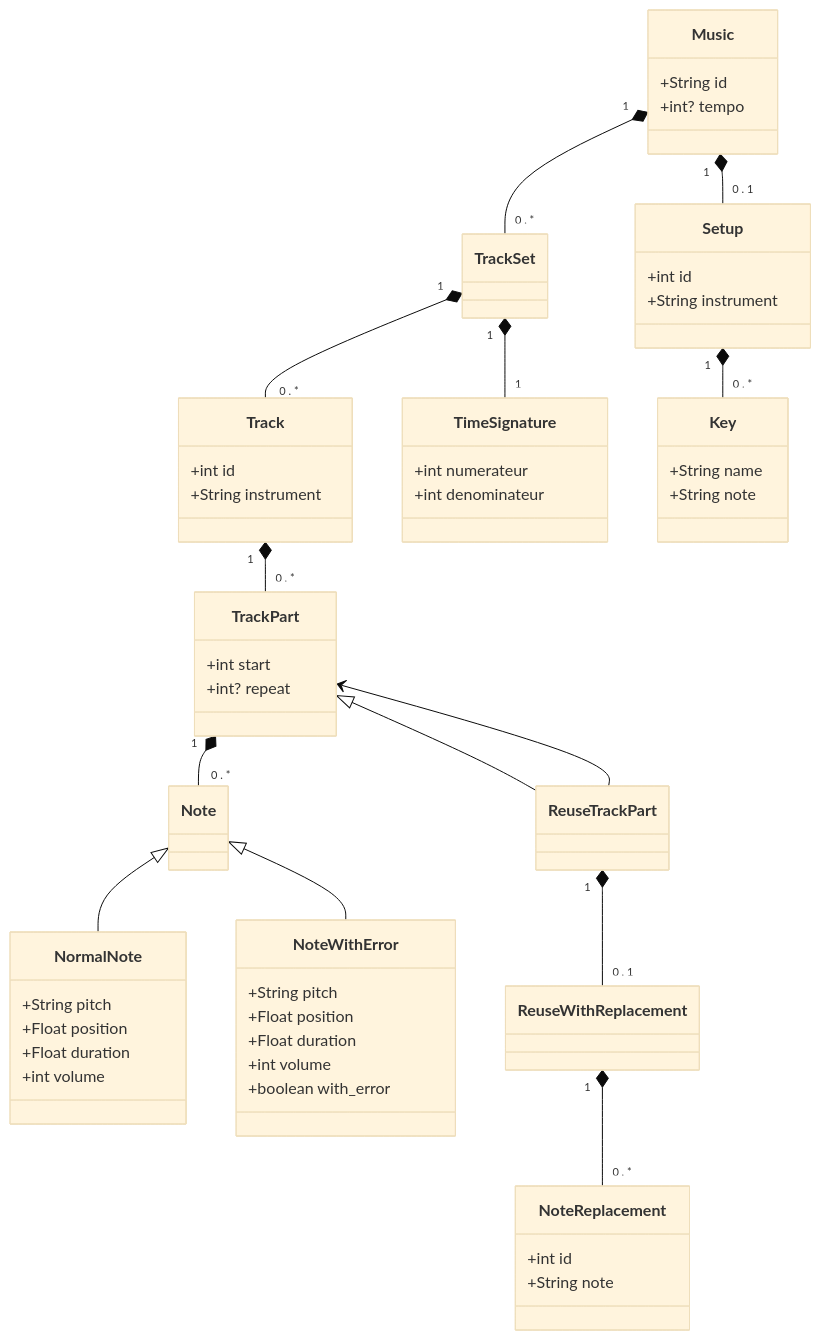
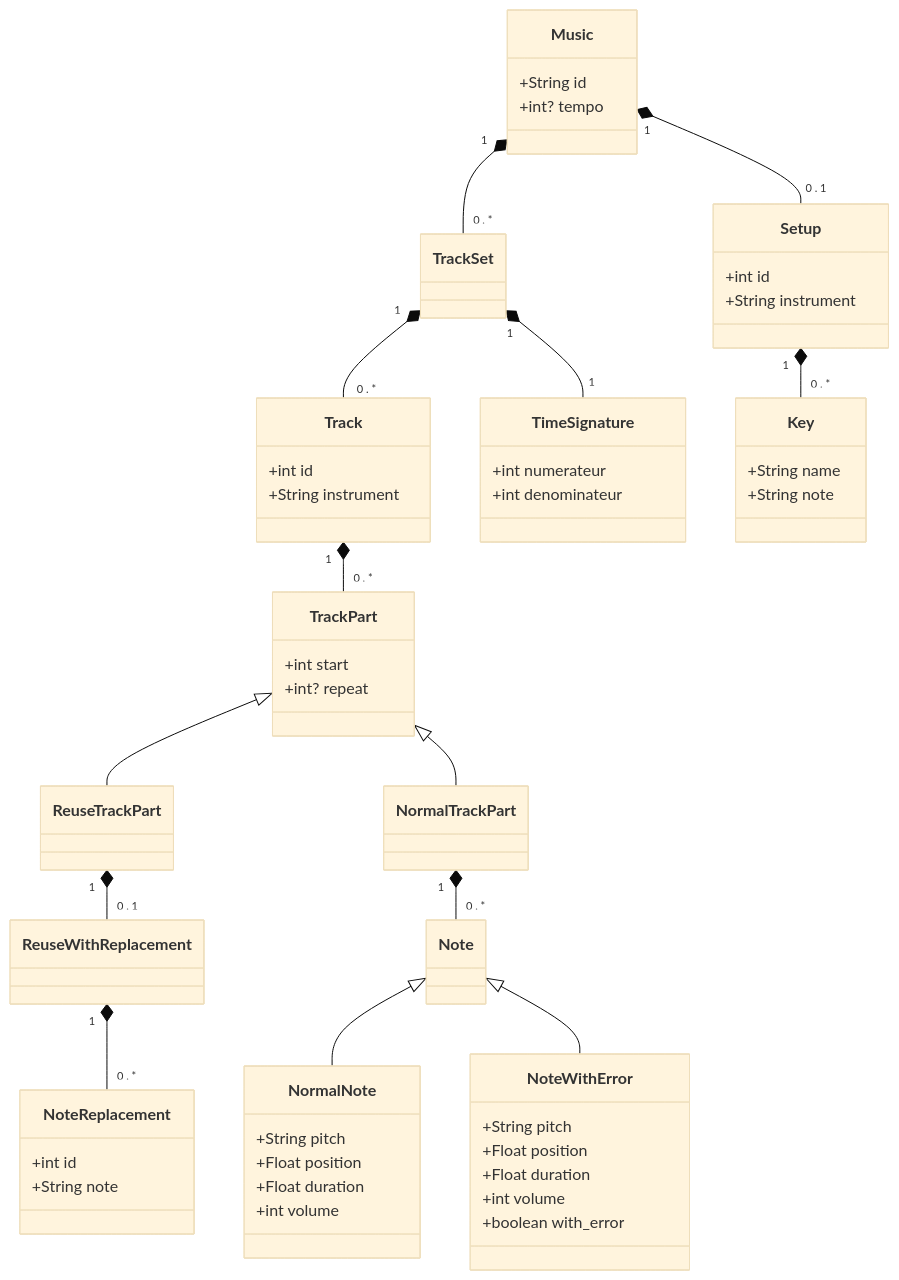
Before and after one commit to Jules-Prince/musicae: the diagram in README.md, drawn with Mermaid (base theme).

Commit message:
update uml

```diff
--- a/README.md
+++ b/README.md
@@ -36,7 +36,7 @@
     Track "1" *-- "0 . *" TrackPart
     TrackSet "1" *-- "1" TimeSignature
     TrackSet "1" *-- "0 . *" Track
-    TrackPart "1" *-- "0 . *" Note
+    NormalTrackPart "1" *-- "0 . *" Note
     Note <|-- NormalNote
     Note <|-- NoteWithError
     Music "1" *-- "0 . 1" Setup
@@ -44,7 +44,8 @@
     ReuseTrackPart "1" *-- "0 . 1" ReuseWithReplacement
     ReuseWithReplacement "1" *-- "0 . *" NoteReplacement
     TrackPart <|-- ReuseTrackPart
-    TrackPart <-- ReuseTrackPart
+    TrackPart <|-- NormalTrackPart
+
 
     class Music{
       +String id
@@ -63,6 +64,10 @@
     class TrackPart{
         +int start
         +int? repeat
+    }
+
+    class NormalTrackPart{
+        
     }
 
     
```
